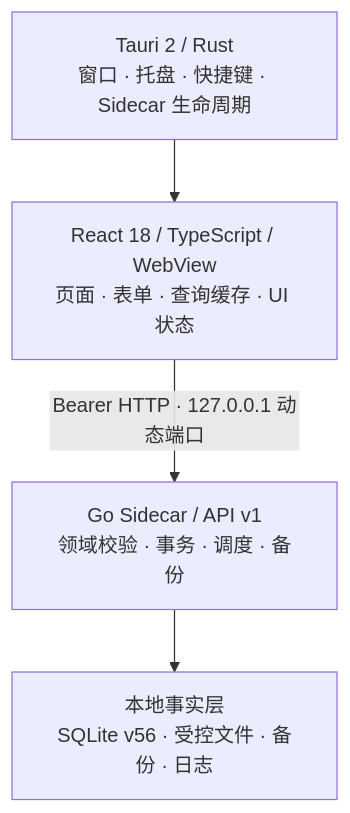
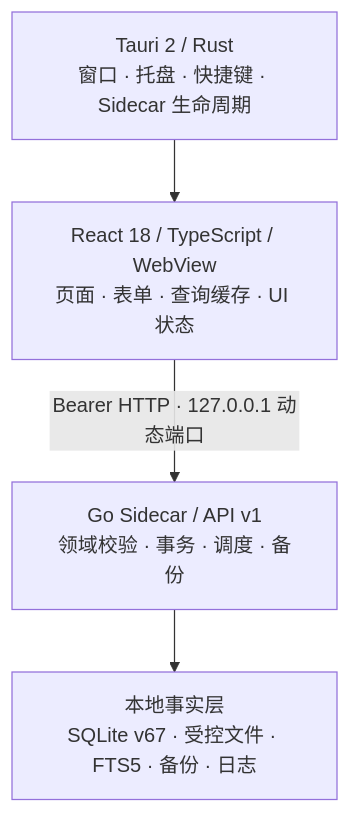
One commit to DingxinTao0417/opc-workspace changed the diagram in README.md. Above: the diagram before and after it, drawn with Mermaid. The commit also changed other lines of this file and 187 other files, not shown here.

````diff
--- a/README.md
+++ b/README.md
@@ -127,11 +127,11 @@
 ```mermaid
 flowchart TB
     Desktop["Tauri 2 / Rust<br/>窗口 · 托盘 · 快捷键 · Sidecar 生命周期"]
     Web["React 18 / TypeScript / WebView<br/>页面 · 表单 · 查询缓存 · UI 状态"]
     API["Go Sidecar / API v1<br/>领域校验 · 事务 · 调度 · 备份"]
-    Data["本地事实层<br/>SQLite v56 · 受控文件 · 备份 · 日志"]
+    Data["本地事实层<br/>SQLite v67 · 受控文件 · FTS5 · 备份 · 日志"]
 
     Desktop --> Web
     Web -->|"Bearer HTTP · 127.0.0.1 动态端口"| API
     API --> Data
 ```
````
